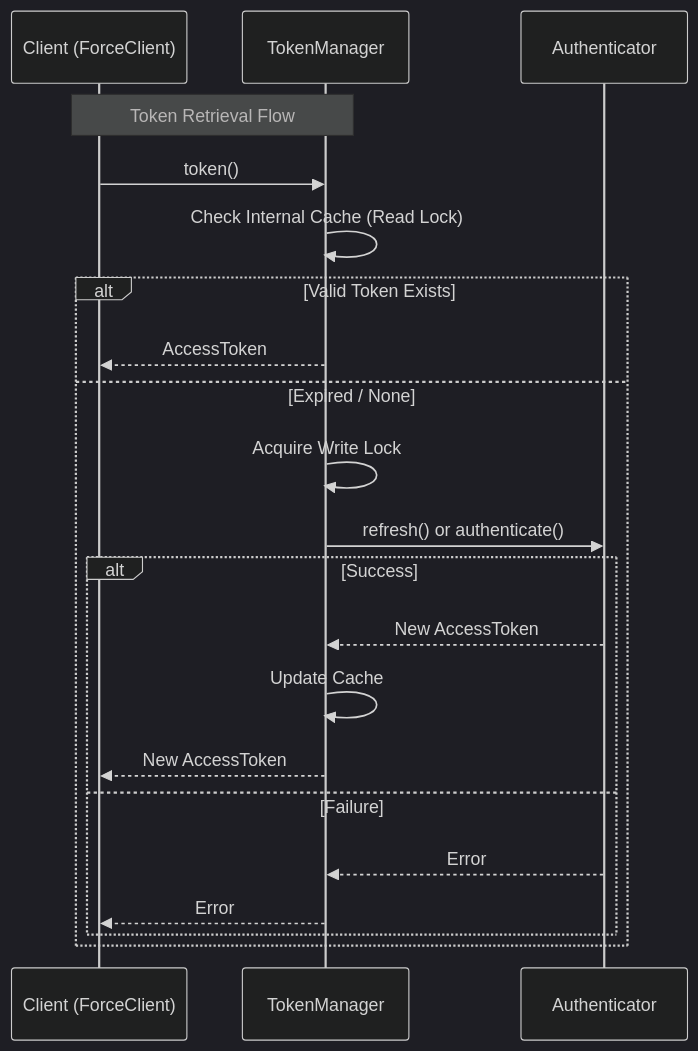
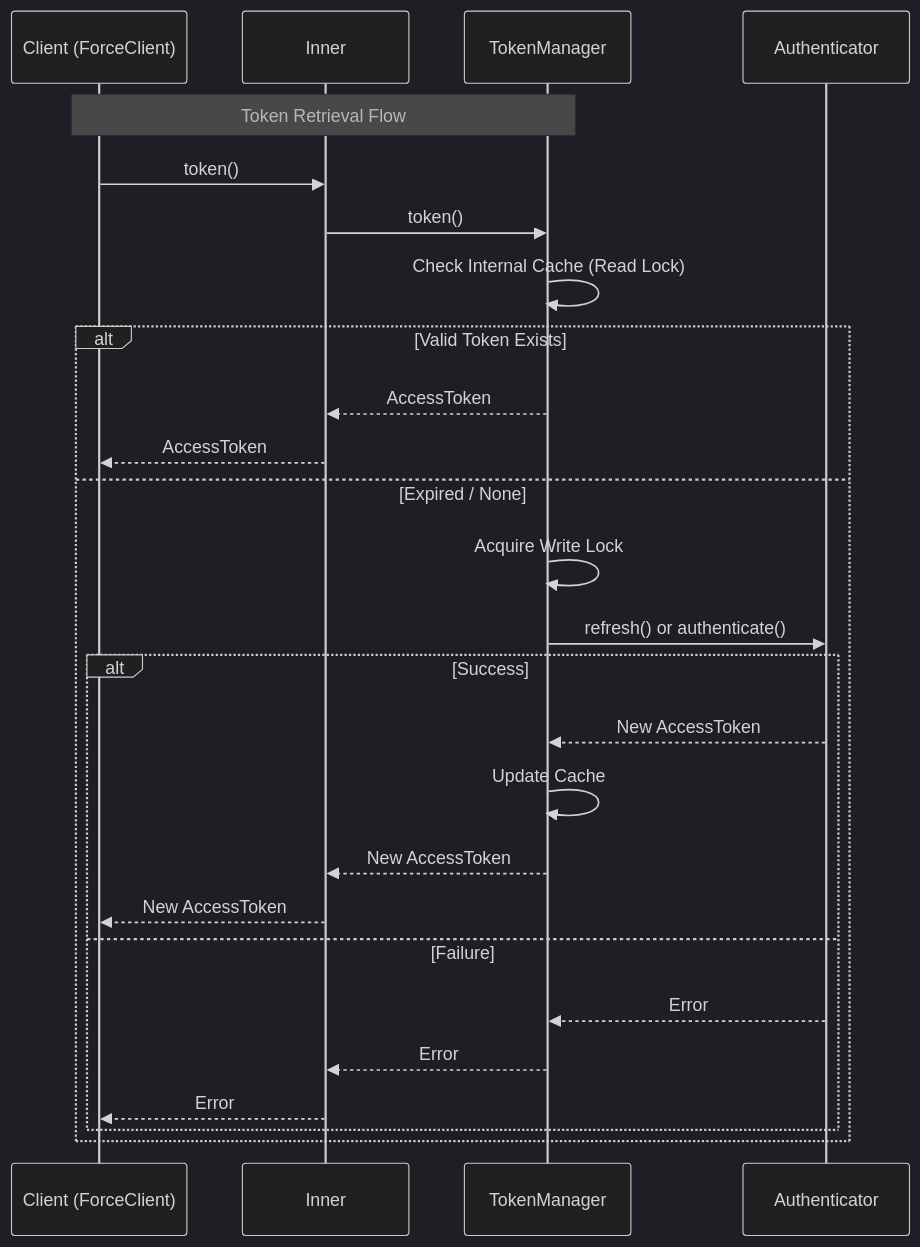
One commit to madmax983/force-rs changed the fourth of 4 diagrams in docs/architecture.md. Above: the diagram before and after it, drawn with Mermaid (dark theme). The commit also changed other lines of this file and 1 other file, not shown here.

First line of the commit message:
📜 Codex: ADR 010 & Architecture Diagram Update

````diff
--- a/docs/architecture.md
+++ b/docs/architecture.md
@@ -38,24 +77,29 @@
 ```mermaid
 sequenceDiagram
     participant C as Client (ForceClient)
+    participant I as Inner
     participant TM as TokenManager
     participant A as Authenticator
 
     Note over C, TM: Token Retrieval Flow
-    C->>TM: token()
+    C->>I: token()
+    I->>TM: token()
     TM->>TM: Check Internal Cache (Read Lock)
     alt Valid Token Exists
-        TM-->>C: AccessToken
+        TM-->>I: AccessToken
+        I-->>C: AccessToken
     else Expired / None
         TM->>TM: Acquire Write Lock
         TM->>A: refresh() or authenticate()
         alt Success
             A-->>TM: New AccessToken
             TM->>TM: Update Cache
-            TM-->>C: New AccessToken
+            TM-->>I: New AccessToken
+            I-->>C: New AccessToken
         else Failure
             A-->>TM: Error
-            TM-->>C: Error
+            TM-->>I: Error
+            I-->>C: Error
         end
     end
 ```
````
